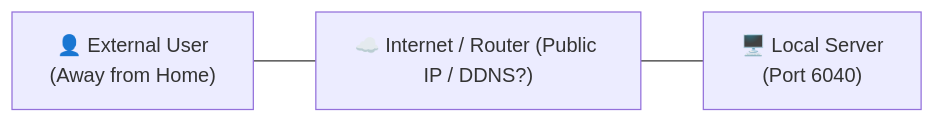
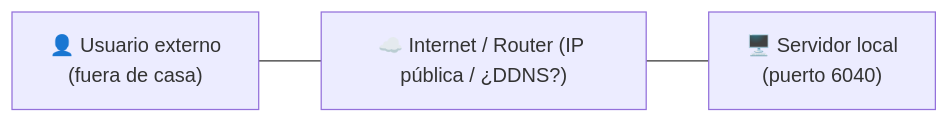
One commit to Librefolio/LibreFolio changed the first of 3 diagrams in mkdocs_src/docs/admin/service_exposure.es.md. Above: the diagram before and after it, drawn with Mermaid. The commit also changed other lines of this file and 2 other files, not shown here.

````diff
--- a/mkdocs_src/docs/admin/service_exposure.es.md
+++ b/mkdocs_src/docs/admin/service_exposure.es.md
@@ -30,5 +34,5 @@
 ```mermaid
 graph LR
-    User["👤 External User<br>(Away from Home)"] --- Cloud["☁️ Internet / Router (Public IP / DDNS?)"]
-    Cloud --- Server["🖥️ Local Server<br>(Port 6040)"]
+    User["👤 Usuario externo<br>(fuera de casa)"] --- Cloud["☁️ Internet / Router (IP pública / ¿DDNS?)"]
+    Cloud --- Server["🖥️ Servidor local<br>(puerto 6040)"]
 ```
````
